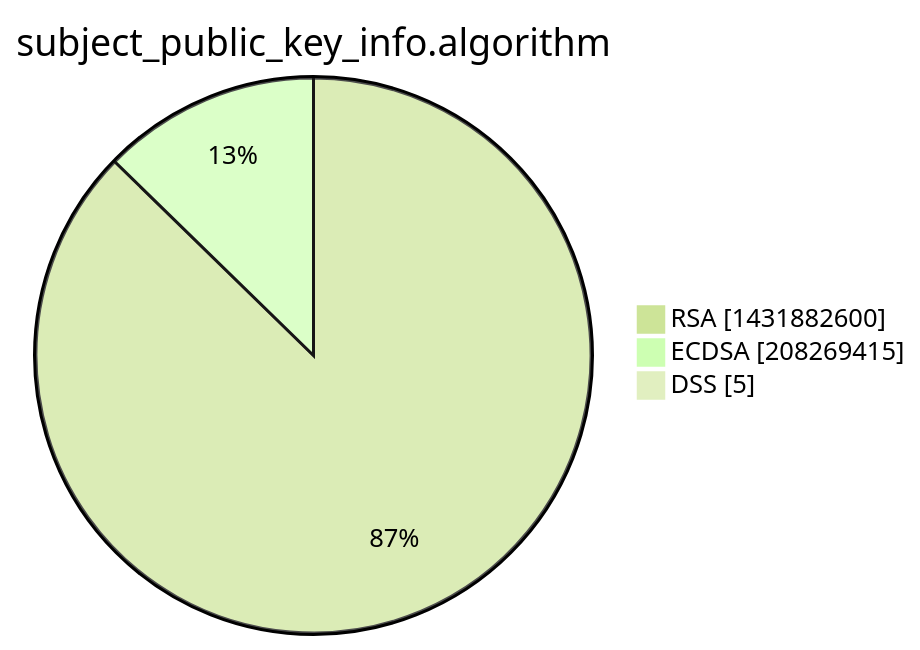
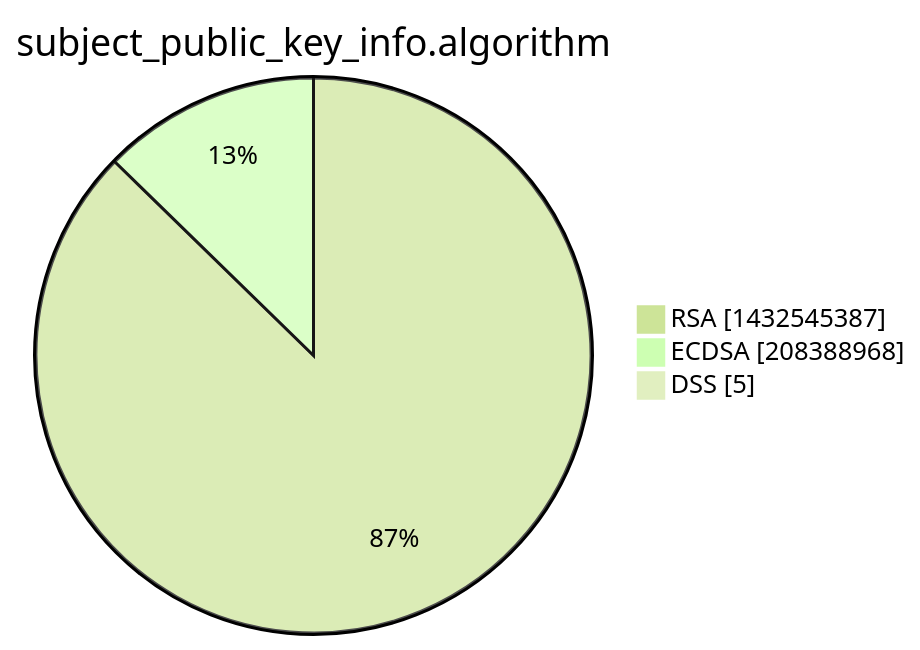
One commit to christiankrug/ctmonitor_visualization changed the third of 15 diagrams in xenon2022/README.md. Above: the diagram before and after it, drawn with Mermaid (forest theme). The commit also changed other lines of this file, not shown here.

````diff
--- a/xenon2022/README.md
+++ b/xenon2022/README.md
@@ -14,7 +14,7 @@
 ```mermaid
 pie showData
 title subject_public_key_info.algorithm
-"RSA" :1431882600
-"ECDSA" :208269415
+"RSA" :1432545387
+"ECDSA" :208388968
 "DSS" :5
 ```
````
